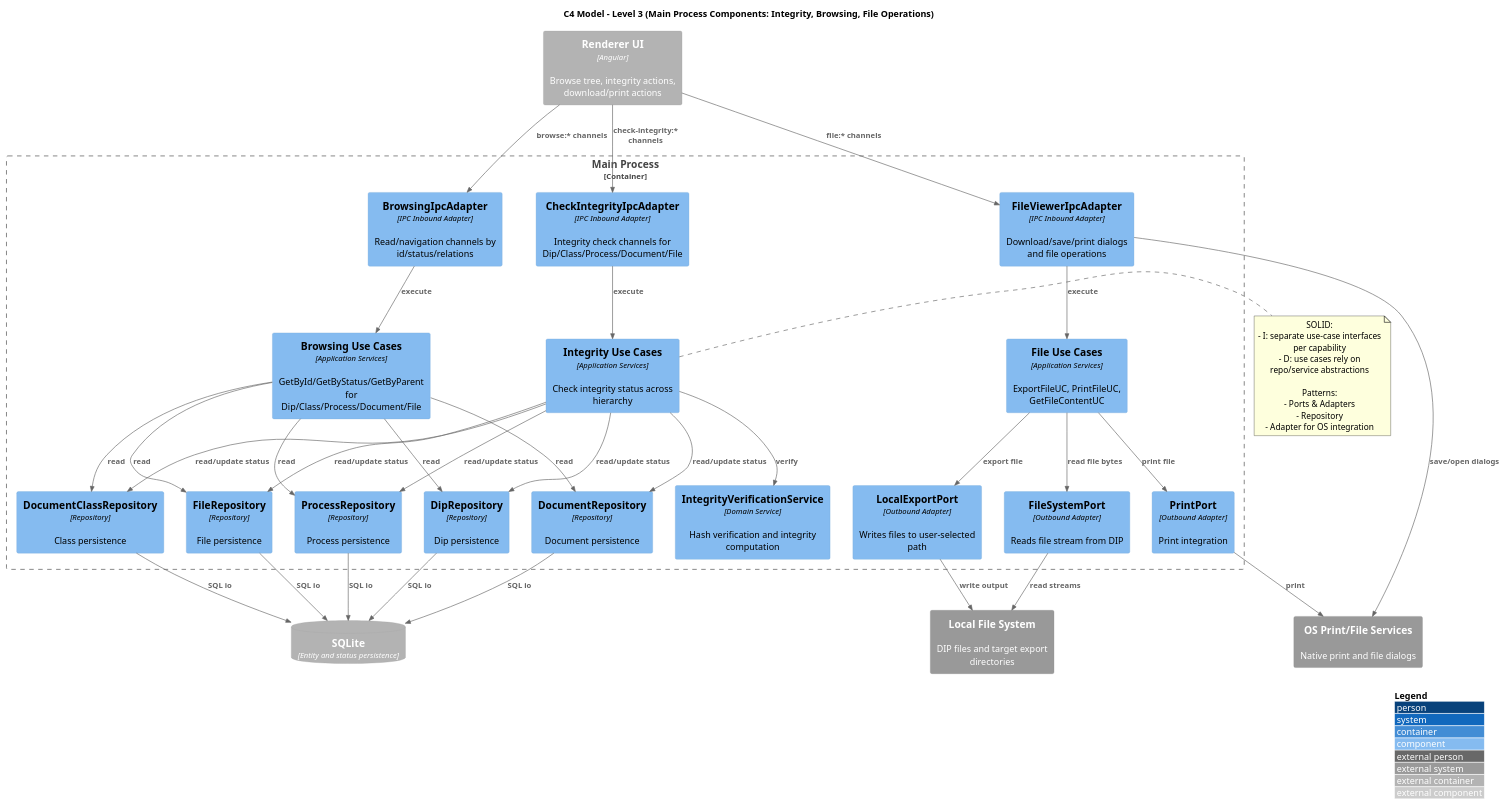
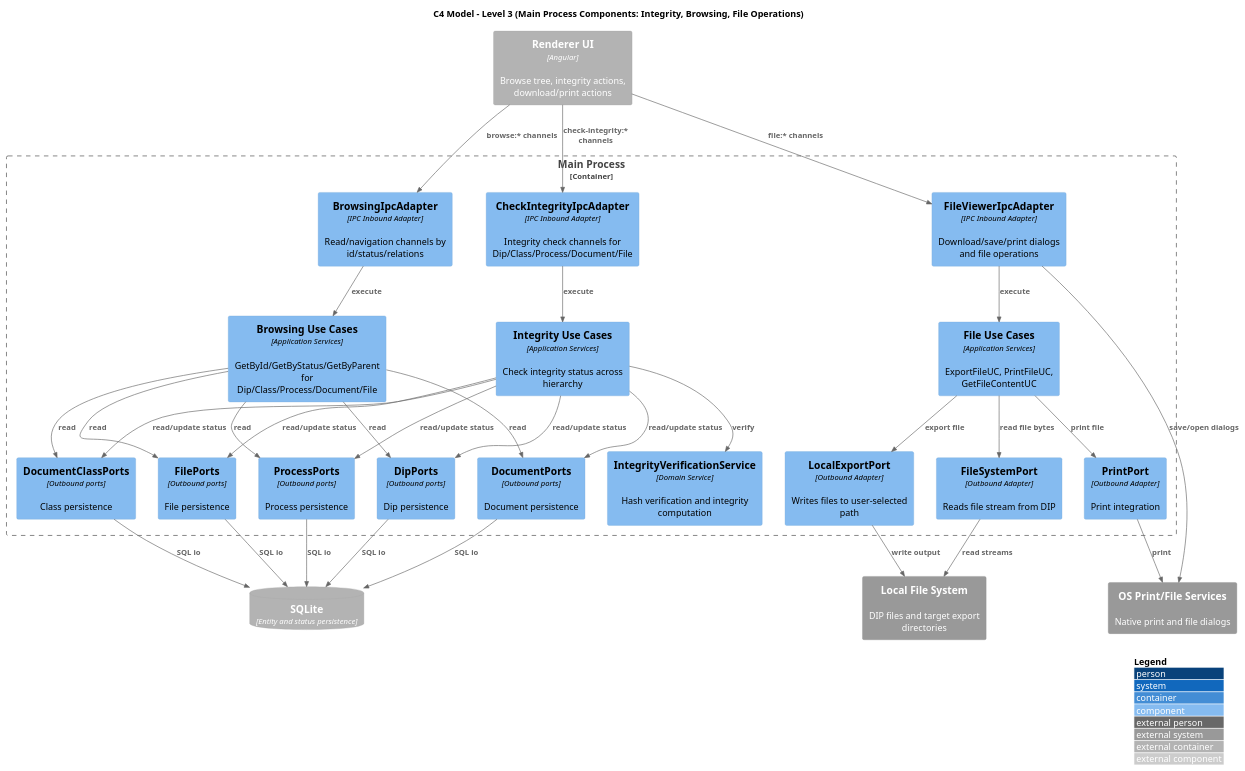
One commit to 7-ZPUs/Docs changed the diagram in 3_PB/DocumentiEsterni/DiagrammiSpecificaTecnica/generated_/architecture/c1-c3/C3-main-integrity-browsing-fileops.puml. Above: the diagram before and after it, drawn with PlantUML. The commit also changed 6 other files, not shown here.

```diff
--- a/3_PB/DocumentiEsterni/DiagrammiSpecificaTecnica/generated_/architecture/c1-c3/C3-main-integrity-browsing-fileops.puml
+++ b/3_PB/DocumentiEsterni/DiagrammiSpecificaTecnica/generated_/architecture/c1-c3/C3-main-integrity-browsing-fileops.puml
@@ -1,83 +1,72 @@
 @startuml C3_Main_Integrity_Browsing_FileOps
 !includeurl https://raw.githubusercontent.com/plantuml-stdlib/C4-PlantUML/master/C4_Component.puml
 
 title C4 Model - Level 3 (Main Process Components: Integrity, Browsing, File Operations)
 
 LAYOUT_WITH_LEGEND()
 
 Container_Boundary(main_container, "Main Process") {
   Component(browsing_ipc, "BrowsingIpcAdapter", "IPC Inbound Adapter", "Read/navigation channels by id/status/relations")
   Component(integrity_ipc, "CheckIntegrityIpcAdapter", "IPC Inbound Adapter", "Integrity check channels for Dip/Class/Process/Document/File")
   Component(file_ipc, "FileViewerIpcAdapter", "IPC Inbound Adapter", "Download/save/print dialogs and file operations")
 
   Component(browse_ucs, "Browsing Use Cases", "Application Services", "GetById/GetByStatus/GetByParent for Dip/Class/Process/Document/File")
   Component(integrity_ucs, "Integrity Use Cases", "Application Services", "Check integrity status across hierarchy")
   Component(file_ucs, "File Use Cases", "Application Services", "ExportFileUC, PrintFileUC, GetFileContentUC")
 
   Component(integrity_service, "IntegrityVerificationService", "Domain Service", "Hash verification and integrity computation")
 
-  Component(dip_repo, "DipRepository", "Repository", "Dip persistence")
-  Component(class_repo, "DocumentClassRepository", "Repository", "Class persistence")
-  Component(process_repo, "ProcessRepository", "Repository", "Process persistence")
-  Component(doc_repo, "DocumentRepository", "Repository", "Document persistence")
-  Component(file_repo, "FileRepository", "Repository", "File persistence")
+  Component(dip_repo, "DipPorts", "Outbound ports", "Dip persistence")
+  Component(class_repo, "DocumentClassPorts", "Outbound ports", "Class persistence")
+  Component(process_repo, "ProcessPorts", "Outbound ports", "Process persistence")
+  Component(doc_repo, "DocumentPorts", "Outbound ports", "Document persistence")
+  Component(file_repo, "FilePorts", "Outbound ports", "File persistence")
 
   Component(export_port, "LocalExportPort", "Outbound Adapter", "Writes files to user-selected path")
   Component(print_port, "PrintPort", "Outbound Adapter", "Print integration")
   Component(package_reader, "FileSystemPort", "Outbound Adapter", "Reads file stream from DIP")
 }
 
 Container_Ext(renderer, "Renderer UI", "Angular", "Browse tree, integrity actions, download/print actions")
 ContainerDb_Ext(sqlite, "SQLite", "Entity and status persistence")
 System_Ext(local_fs, "Local File System", "DIP files and target export directories")
 System_Ext(os_services, "OS Print/File Services", "Native print and file dialogs")
 
 Rel(renderer, browsing_ipc, "browse:* channels")
 Rel(renderer, integrity_ipc, "check-integrity:* channels")
 Rel(renderer, file_ipc, "file:* channels")
 
 Rel(browsing_ipc, browse_ucs, "execute")
 Rel(integrity_ipc, integrity_ucs, "execute")
 Rel(file_ipc, file_ucs, "execute")
 
 Rel(integrity_ucs, integrity_service, "verify")
 
 Rel(browse_ucs, dip_repo, "read")
 Rel(browse_ucs, class_repo, "read")
 Rel(browse_ucs, process_repo, "read")
 Rel(browse_ucs, doc_repo, "read")
 Rel(browse_ucs, file_repo, "read")
 
 Rel(integrity_ucs, dip_repo, "read/update status")
 Rel(integrity_ucs, class_repo, "read/update status")
 Rel(integrity_ucs, process_repo, "read/update status")
 Rel(integrity_ucs, doc_repo, "read/update status")
 Rel(integrity_ucs, file_repo, "read/update status")
 
 Rel(file_ucs, package_reader, "read file bytes")
 Rel(file_ucs, export_port, "export file")
 Rel(file_ucs, print_port, "print file")
 
 Rel(dip_repo, sqlite, "SQL io")
 Rel(class_repo, sqlite, "SQL io")
 Rel(process_repo, sqlite, "SQL io")
 Rel(doc_repo, sqlite, "SQL io")
 Rel(file_repo, sqlite, "SQL io")
 
 Rel(package_reader, local_fs, "read streams")
 Rel(export_port, local_fs, "write output")
 Rel(print_port, os_services, "print")
 Rel(file_ipc, os_services, "save/open dialogs")
 
-note right of integrity_ucs
-SOLID:
-- I: separate use-case interfaces per capability
-- D: use cases rely on repo/service abstractions
-
-Patterns:
-- Ports & Adapters
-- Repository
-- Adapter for OS integration
-end note
-
 @enduml
```
